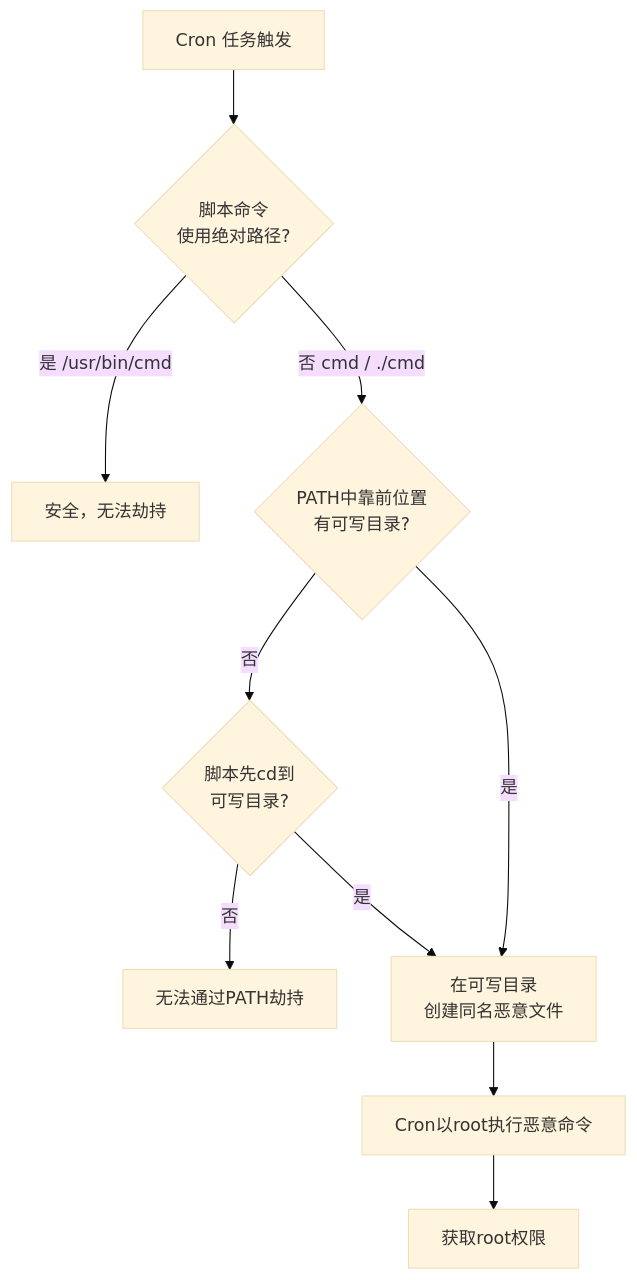
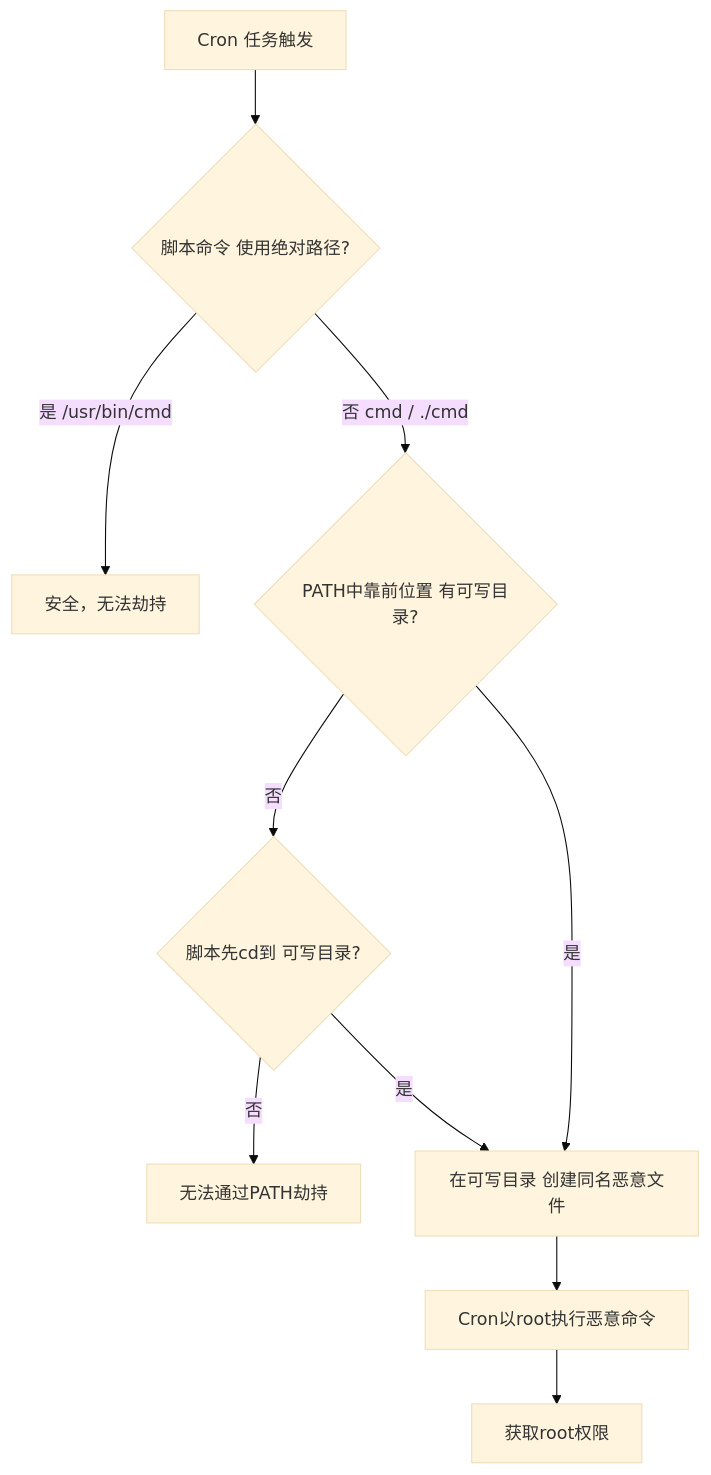
Before and after one commit to congliang/congliang.github.io: the first of 2 diagrams in source/_posts/Linux-privesc-cron-path.md, drawn with Mermaid (base theme). The commit also changed other lines of this file and 139 other files, not shown here.

````diff
--- a/source/_posts/Linux-privesc-cron-path.md
+++ b/source/_posts/Linux-privesc-cron-path.md
@@ -160,12 +161,12 @@
 ```mermaid
 flowchart TD
-    A[Cron 任务触发] --> B{脚本命令<br/>使用绝对路径?}
+    A[Cron 任务触发] --> B{脚本命令 使用绝对路径?}
     B -->|是 /usr/bin/cmd| C[安全，无法劫持]
-    B -->|否 cmd / ./cmd| D{PATH中靠前位置<br/>有可写目录?}
-    D -->|否| E{脚本先cd到<br/>可写目录?}
+    B -->|否 cmd / ./cmd| D{PATH中靠前位置 有可写目录?}
+    D -->|否| E{脚本先cd到 可写目录?}
     E -->|否| F[无法通过PATH劫持]
-    D -->|是| G[在可写目录<br/>创建同名恶意文件]
+    D -->|是| G[在可写目录 创建同名恶意文件]
     E -->|是| G
     G --> H[Cron以root执行恶意命令]
     H --> I[获取root权限]
 ```
````
